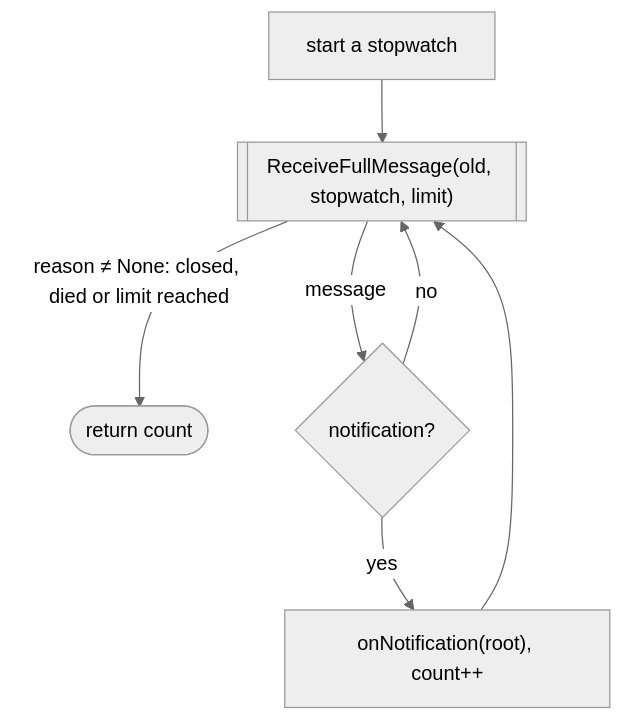
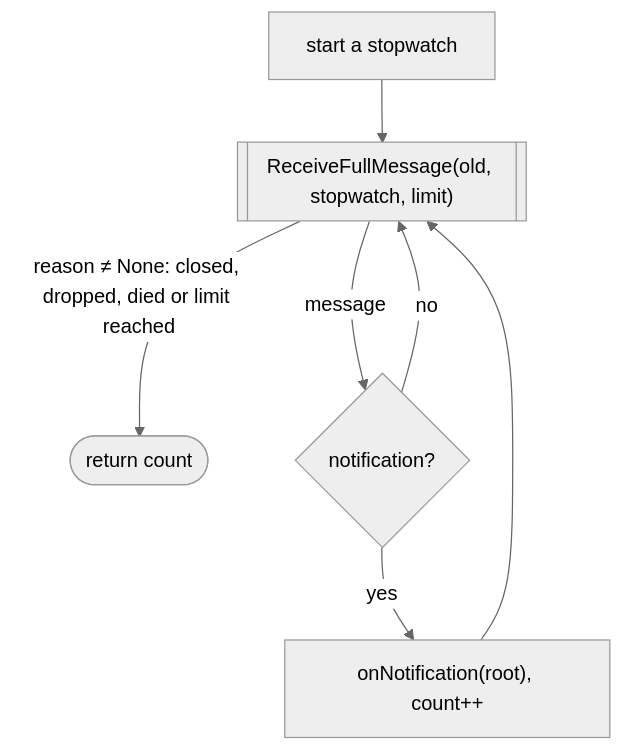
One commit to lotsofs/StreamAssistant changed the sixth of 7 diagrams in StreamAssistant2/docs/eventsub-flow.md. Above: the diagram before and after it, drawn with Mermaid (neutral theme). The commit also changed other lines of this file and 9 other files, not shown here.

````diff
--- a/StreamAssistant2/docs/eventsub-flow.md
+++ b/StreamAssistant2/docs/eventsub-flow.md
@@ -151,8 +151,8 @@
 ```mermaid
 flowchart TD
     sw["start a stopwatch"] --> r[["ReceiveFullMessage(old, stopwatch, limit)"]]
-    r -- "reason ≠ None: closed, died or limit reached" --> done(["return count"])
+    r -- "reason ≠ None: closed, dropped, died or limit reached" --> done(["return count"])
     r -- message --> isn{"notification?"}
     isn -- yes --> h["onNotification(root), count++"] --> r
     isn -- no --> r
 ```
````
